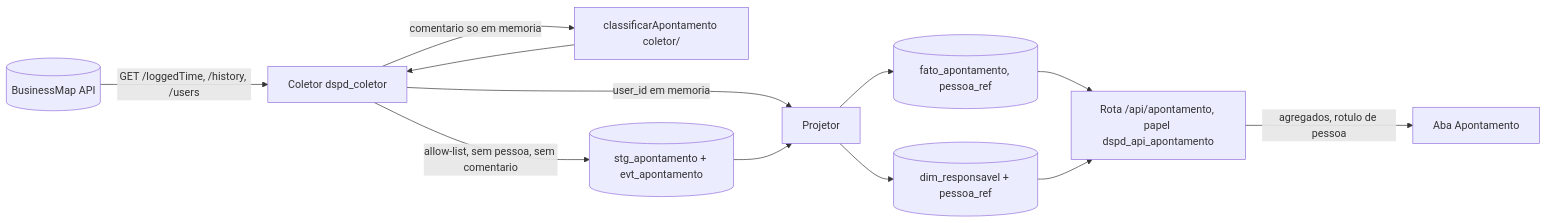
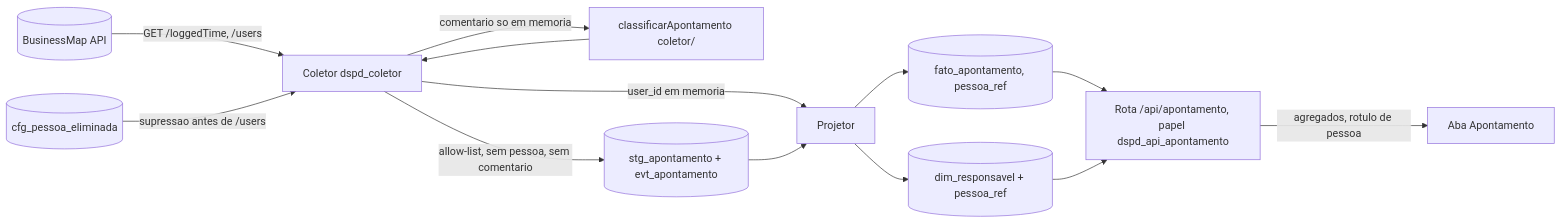
The diagram in docs/architecture/features/059-aba-apontamento.md (rodrigo-isensee/MetricasDSPD), drawn with Mermaid before and after one commit. The commit also changed other lines of this file and 6 other files, not shown here.

````diff
--- a/docs/architecture/features/059-aba-apontamento.md
+++ b/docs/architecture/features/059-aba-apontamento.md
@@ -74,14 +75,15 @@
 ```mermaid
 flowchart LR
-  BM[(BusinessMap API)] -->|GET /loggedTime, /history, /users| CO[Coletor dspd_coletor]
+  BM[(BusinessMap API)] -->|GET /loggedTime, /users| CO[Coletor dspd_coletor]
+  SUP[(cfg_pessoa_eliminada)] -->|supressao antes de /users| CO
   CO -->|comentario so em memoria| CL[classificarApontamento coletor/]
   CL --> CO
   CO -->|allow-list, sem pessoa, sem comentario| STG[(stg_apontamento + evt_apontamento)]
   CO -->|user_id em memoria| PR[Projetor]
   STG --> PR
   PR --> FA[(fato_apontamento, pessoa_ref)]
   PR --> DR[(dim_responsavel + pessoa_ref)]
   FA --> API[Rota /api/apontamento, papel dspd_api_apontamento]
   DR --> API
   API -->|agregados, rotulo de pessoa| WEB[Aba Apontamento]
 ```
````
